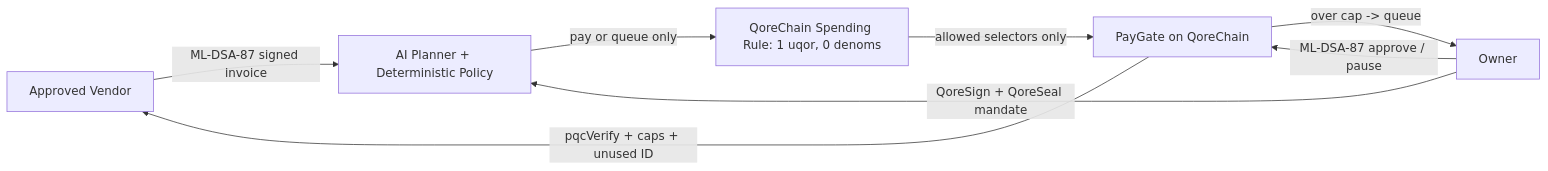
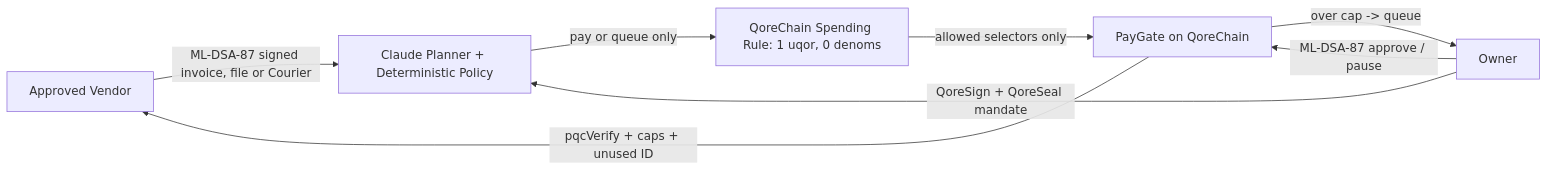
One commit to datharnu/steward changed the diagram in README.md. Above: the diagram before and after it, drawn with Mermaid. The commit also changed other lines of this file and 30 other files, not shown here.

````diff
--- a/README.md
+++ b/README.md
@@ -62,10 +66,10 @@
 ```mermaid
 flowchart LR
-    V[Approved Vendor] -->|ML-DSA-87 signed invoice| P[AI Planner + Deterministic Policy]
+    V[Approved Vendor] -->|ML-DSA-87 signed invoice, file or Courier| P[Claude Planner + Deterministic Policy]
     O[Owner] -->|QoreSign + QoreSeal mandate| P
     P -->|pay or queue only| SR[QoreChain Spending Rule: 1 uqor, 0 denoms]
     SR -->|allowed selectors only| PG[PayGate on QoreChain]
     PG -->|pqcVerify + caps + unused ID| V
     PG -->|over cap -> queue| O
     O -->|ML-DSA-87 approve / pause| PG
 ```
````
